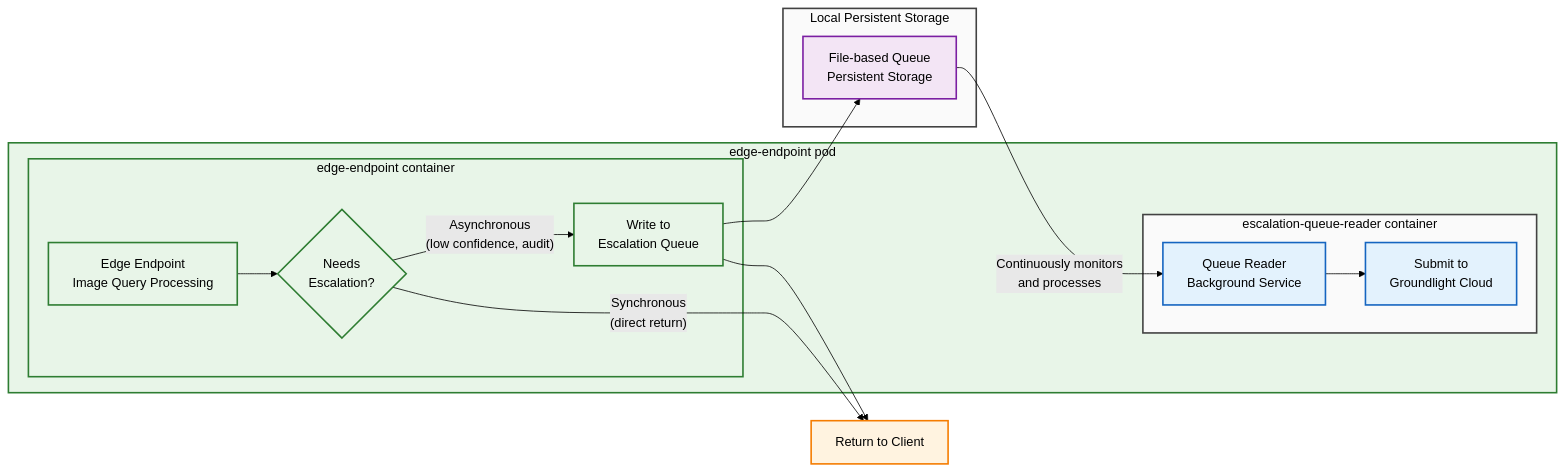
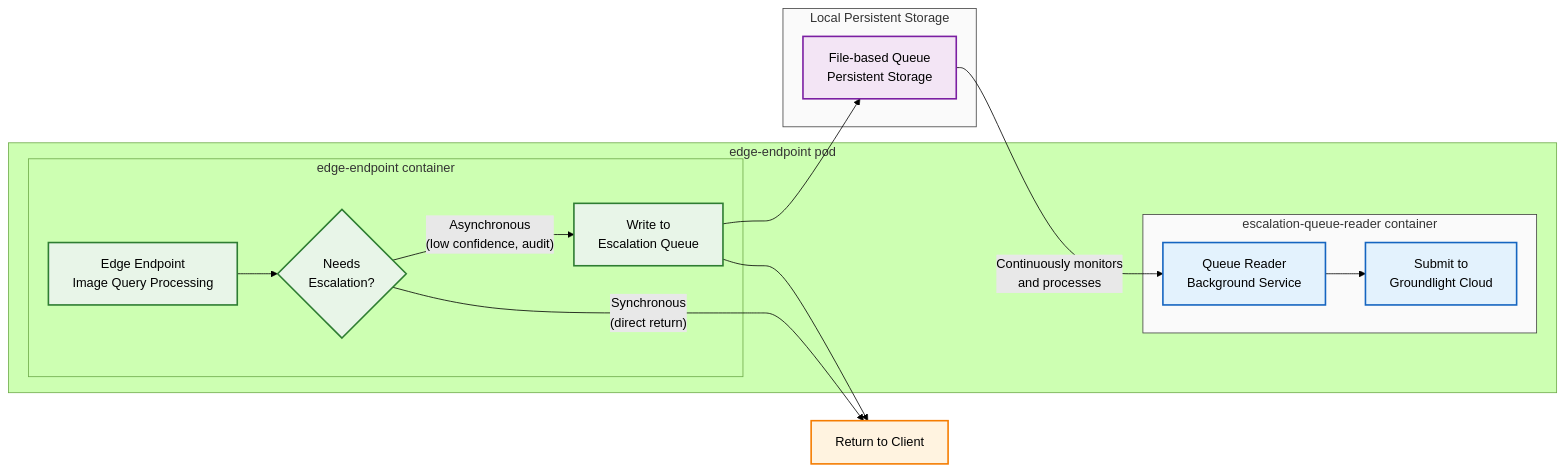
One commit to groundlight/edge-endpoint changed the diagram in ESCALATION-QUEUE.md. Above: the diagram before and after it, drawn with Mermaid (forest theme).

````diff
--- a/ESCALATION-QUEUE.md
+++ b/ESCALATION-QUEUE.md
@@ -11,50 +11,48 @@
 ```mermaid
 flowchart LR
     subgraph POD ["edge-endpoint pod"]
         subgraph CONT1 ["edge-endpoint container"]
             EDGE[Edge Endpoint<br/>Image Query Processing]
             DECISION{Needs<br/>Escalation?}
             QUEUE_WRITE[Write to<br/>Escalation Queue]
         end
         
         subgraph CONT2 ["escalation-queue-reader container"]
             QUEUE_READ[Queue Reader<br/>Background Service]
             CLOUD_SUBMIT[Submit to<br/>Groundlight Cloud]
         end
     end
     
     subgraph STORAGE ["Local Persistent Storage"]
         QUEUE[File-based Queue<br/>Persistent Storage]
     end
     
     %% Main Flow
     EDGE --> DECISION
     DECISION -->|"Asynchronous<br/>(low confidence, audit)"| QUEUE_WRITE
     DECISION -->|"Synchronous<br/>(direct return)"| RESPONSE[Return to Client]
     QUEUE_WRITE --> QUEUE
     QUEUE_WRITE --> RESPONSE
     
     %% Background Flow
     QUEUE --> |Continuously monitors<br/>and processes| QUEUE_READ
     QUEUE_READ --> CLOUD_SUBMIT
     
     %% Individual node styling
     classDef nodeMain fill:#e8f5e8,stroke:#2e7d32,stroke-width:2px,color:#000000
     classDef nodeStorage fill:#f3e5f5,stroke:#7b1fa2,stroke-width:2px,color:#000000
     classDef nodeBackground fill:#e3f2fd,stroke:#1565c0,stroke-width:2px,color:#000000
     classDef nodeResponse fill:#fff3e0,stroke:#f57c00,stroke-width:2px,color:#000000
     
-    %% Subgraph styling
-    classDef subgraphOffWhite fill:#fafafa,stroke:#424242,stroke-width:2px,color:#000000
-    classDef subgraphDefault fill:#e8f5e8,stroke:#2e7d32,stroke-width:2px,color:#000000
+    %% Subgraph styling (big container backgrounds)
+    classDef subgraphOffWhite fill:#fafafa,stroke:#424242,stroke-width:1px
     
-    %% Apply node styles
+    %% Apply node styles (individual rectangles/shapes)
     class EDGE,DECISION,QUEUE_WRITE nodeMain
     class QUEUE nodeStorage
     class QUEUE_READ,CLOUD_SUBMIT nodeBackground
     class RESPONSE nodeResponse
     
-    %% Apply subgraph styles
-    class POD,CONT1 subgraphDefault
+    %% Apply subgraph styles (big container backgrounds to off-white)
     class CONT2,STORAGE subgraphOffWhite
 ```
````
